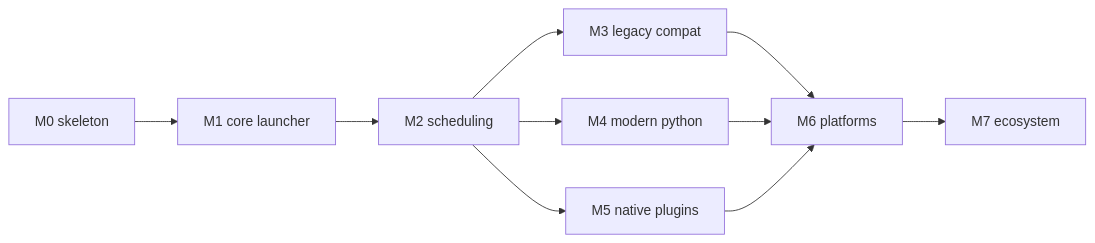
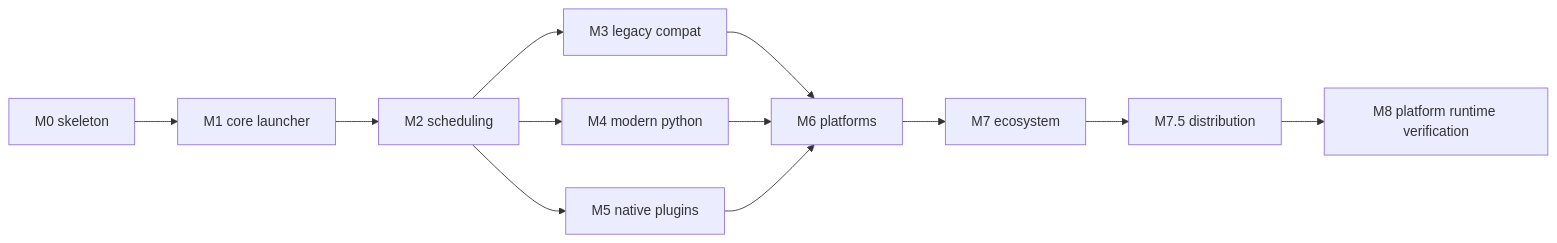
One commit to yichenchong/CriKey changed the diagram in docs/ROADMAP.md. Above: the diagram before and after it, drawn with Mermaid. The commit also changed other lines of this file and 201 other files, not shown here.

````diff
--- a/docs/ROADMAP.md
+++ b/docs/ROADMAP.md
@@ -514,12 +636,14 @@
 ```mermaid
 graph LR
   M0[M0 skeleton] --> M1[M1 core launcher]
   M1 --> M2[M2 scheduling]
   M2 --> M3[M3 legacy compat]
   M2 --> M4[M4 modern python]
   M2 --> M5[M5 native plugins]
   M3 --> M6[M6 platforms]
   M4 --> M6
   M5 --> M6
   M6 --> M7[M7 ecosystem]
+  M7 --> M75[M7.5 distribution]
+  M75 --> M8[M8 platform runtime verification]
 ```
````
